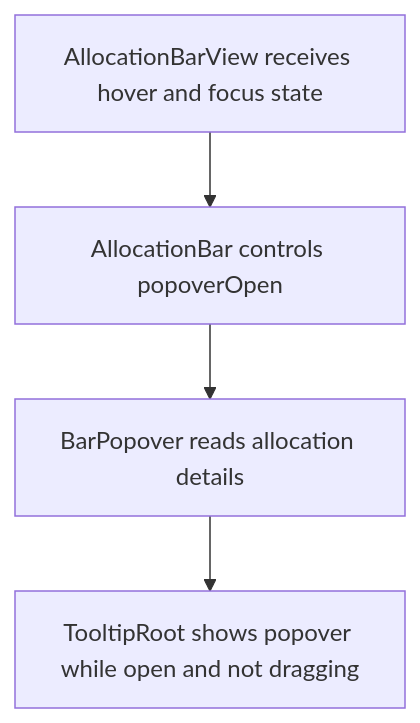
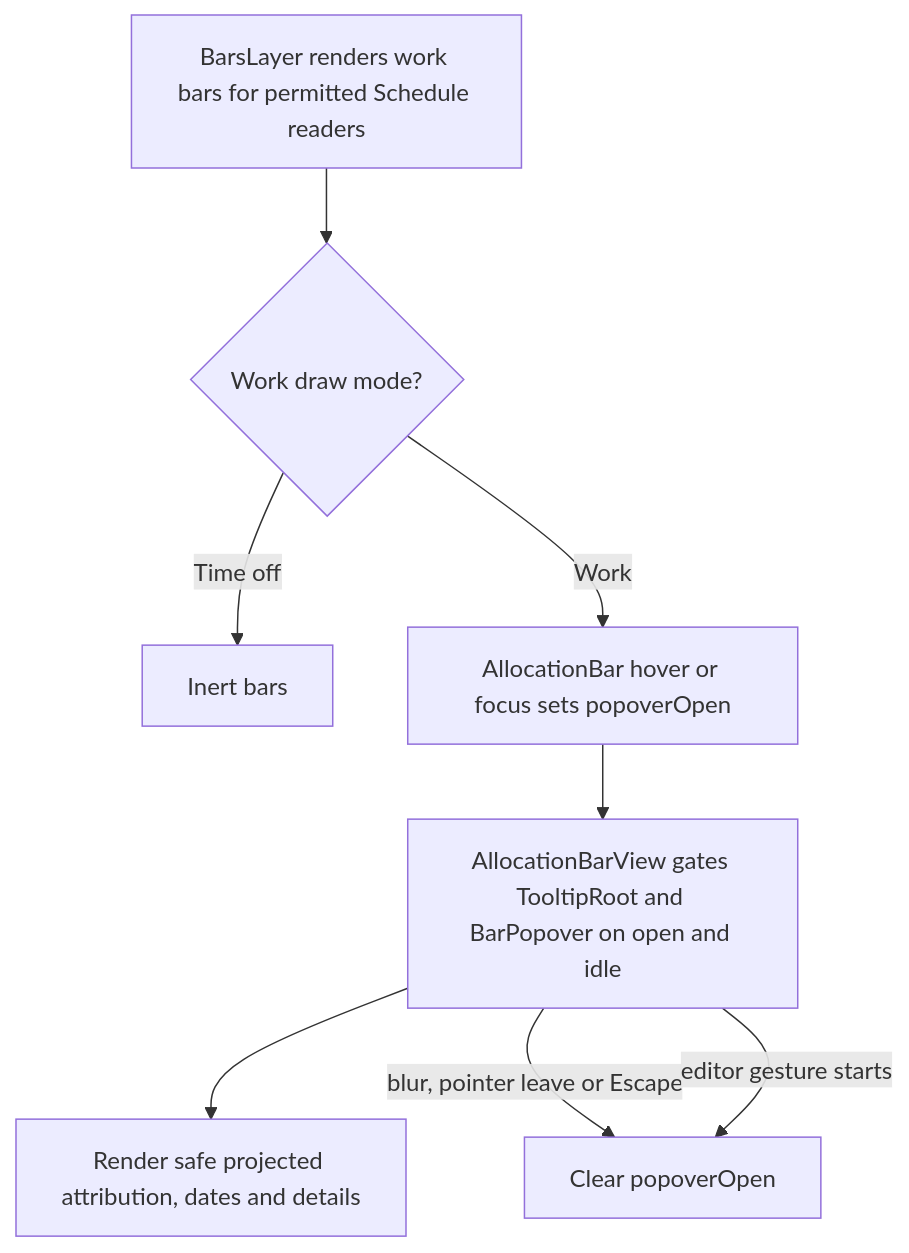
One commit to Kevinjohn/capacitylens changed the second of 2 diagrams in user-stories/scheduler/US-SCH-15-bar-popover.md. Above: the diagram before and after it, drawn with Mermaid. The commit also changed other lines of this file and 172 other files, not shown here.

Commit message:
docs: reconcile user story code flows with source

````diff
--- a/user-stories/scheduler/US-SCH-15-bar-popover.md
+++ b/user-stories/scheduler/US-SCH-15-bar-popover.md
@@ -33,6 +33,10 @@
 ```mermaid
 flowchart TD
-  A["AllocationBarView receives hover and focus state"] --> B["AllocationBar controls popoverOpen"]
-  B --> C["BarPopover reads allocation details"]
-  C --> D["TooltipRoot shows popover while open and not dragging"]
+  Layer["BarsLayer renders work bars for permitted Schedule readers"] --> Mode{"Work draw mode?"}
+  Mode -->|Time off| Inert["Inert bars"]
+  Mode -->|Work| Open["AllocationBar hover or focus sets popoverOpen"]
+  Open --> View["AllocationBarView gates TooltipRoot and BarPopover on open and idle"]
+  View --> Details["Render safe projected attribution, dates and details"]
+  View -->|blur, pointer leave or Escape| Close["Clear popoverOpen"]
+  View -->|editor gesture starts| Close
 ```
````
